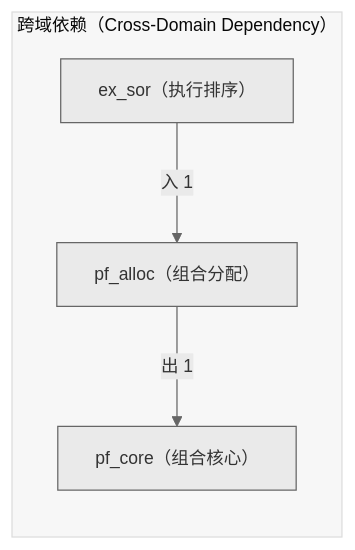
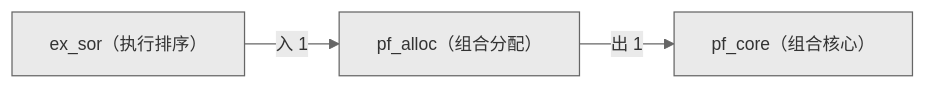
One commit to xuanFelixVan/ZephyrAlpha changed the second of 2 diagrams in docs/02_enterprise_architecture/06_decision_architecture/16_decision_l3_pf_alloc.md. Above: the diagram before and after it, drawn with Mermaid. The commit also changed other lines of this file and 23 other files, not shown here.

First line of the commit message:
fix(decision-diagram): 去掉 subgraph + 加 secondaryColor 修复节点白色

````diff
--- a/docs/02_enterprise_architecture/06_decision_architecture/16_decision_l3_pf_alloc.md
+++ b/docs/02_enterprise_architecture/06_decision_architecture/16_decision_l3_pf_alloc.md
@@ -95,11 +95,9 @@
 ```mermaid
-%%{init: {'theme': 'base', 'themeVariables': {'primaryColor': '#eaeaea', 'primaryTextColor': '#333333', 'primaryBorderColor': '#666666', 'lineColor': '#666666', 'fontSize': '14px'}}}%%
+%%{init: {'theme': 'base', 'themeVariables': {'primaryColor': '#eaeaea', 'primaryTextColor': '#333333', 'primaryBorderColor': '#666666', 'lineColor': '#666666', 'secondaryColor': '#eaeaea', 'tertiaryColor': '#eaeaea', 'fontSize': '14px'}}}%%
 flowchart LR
-    subgraph cd_sg["跨域依赖（Cross-Domain Dependency）"]
-        SELF["pf_alloc（组合分配）"]
-        EXT_pf_core["pf_core（组合核心）"]
-        SELF -->|出 1| EXT_pf_core
-        EXT_ex_sor["ex_sor（执行排序）"]
-        EXT_ex_sor -->|入 1| SELF
-    end
+    SELF["pf_alloc（组合分配）"]
+    EXT_pf_core["pf_core（组合核心）"]
+    SELF -->|出 1| EXT_pf_core
+    EXT_ex_sor["ex_sor（执行排序）"]
+    EXT_ex_sor -->|入 1| SELF
 ```
````
